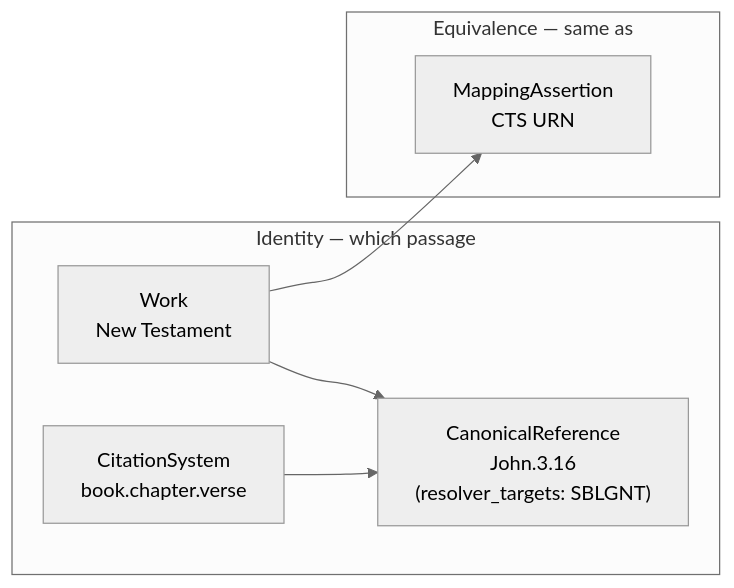
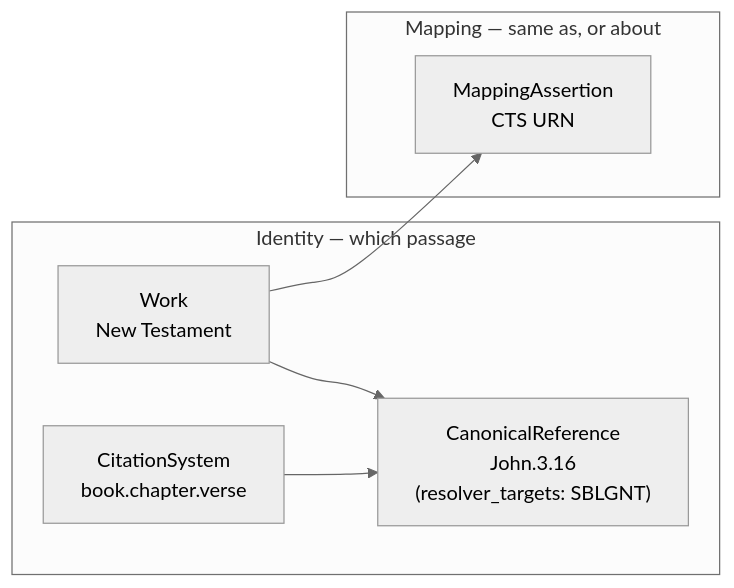
One commit to maehr/textrefs.org changed the diagram in src/content/docs/standard/index.md. Above: the diagram before and after it, drawn with Mermaid (neutral theme). The commit also changed other lines of this file and 2 other files, not shown here.

````diff
--- a/src/content/docs/standard/index.md
+++ b/src/content/docs/standard/index.md
@@ -13,14 +13,14 @@
 ```mermaid
 flowchart LR
     subgraph identity ["Identity — which passage"]
         W["Work<br/>New Testament"]
         CS["CitationSystem<br/>book.chapter.verse"]
         CR["CanonicalReference<br/>John.3.16<br/>(resolver_targets: SBLGNT)"]
         W --> CR
         CS --> CR
     end
-    subgraph equivalence ["Equivalence — same as"]
+    subgraph mapping ["Mapping — same as, or about"]
         MA["MappingAssertion<br/>CTS URN"]
     end
     W --> MA
 ```
````
